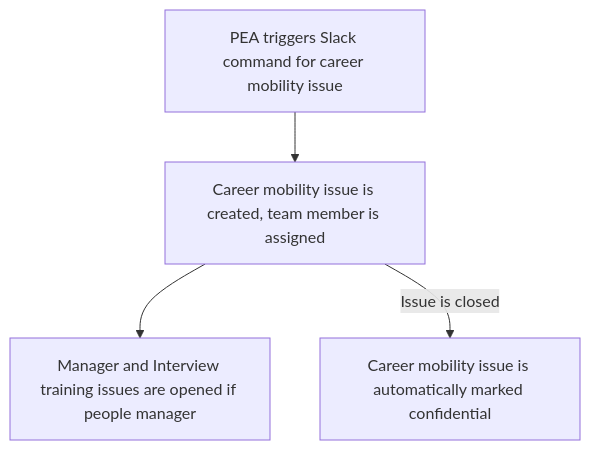
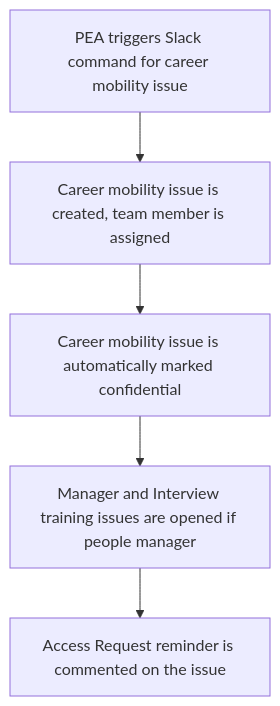
Before and after one commit to secretstartups/handbook: the diagram in people-group/engineering/career-mobility/index.html.md, drawn with Mermaid.

Commit message:
Add correct flow

````diff
--- a/people-group/engineering/career-mobility/index.html.md
+++ b/people-group/engineering/career-mobility/index.html.md
@@ -24,8 +24,8 @@
 ```mermaid
 graph TD
   A[PEA triggers Slack command for career mobility issue] --> B
   B[Career mobility issue is created, team member is assigned] --> C
-  C[Manager and Interview training issues are opened if people manager]
-  D[Career mobility issue is automatically marked confidential]
-  B --> |Issue is closed|D
+  C[Career mobility issue is automatically marked confidential] --> D
+  D[Manager and Interview training issues are opened if people manager] --> E
+  E[Access Request reminder is commented on the issue]
 ```
````
